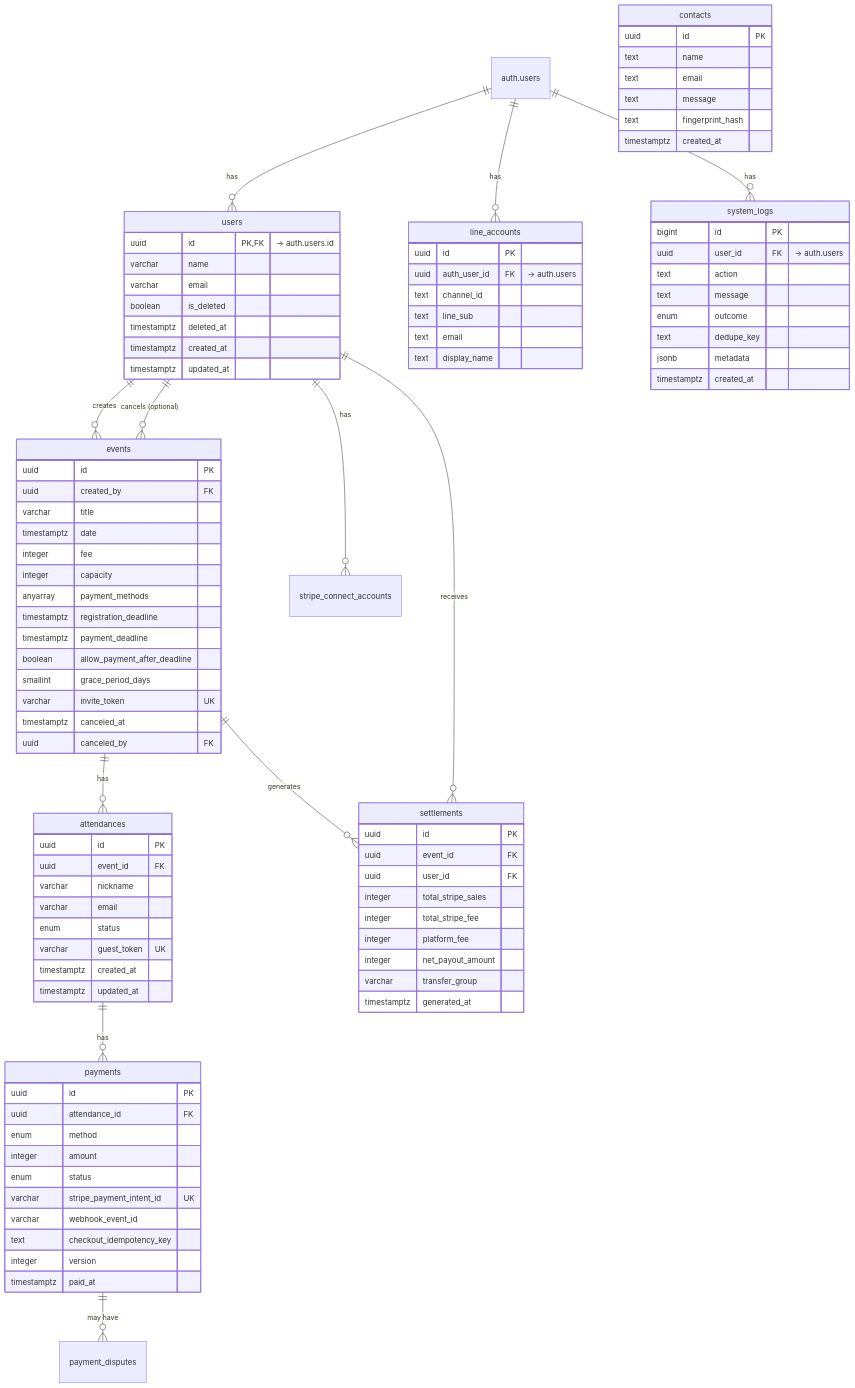
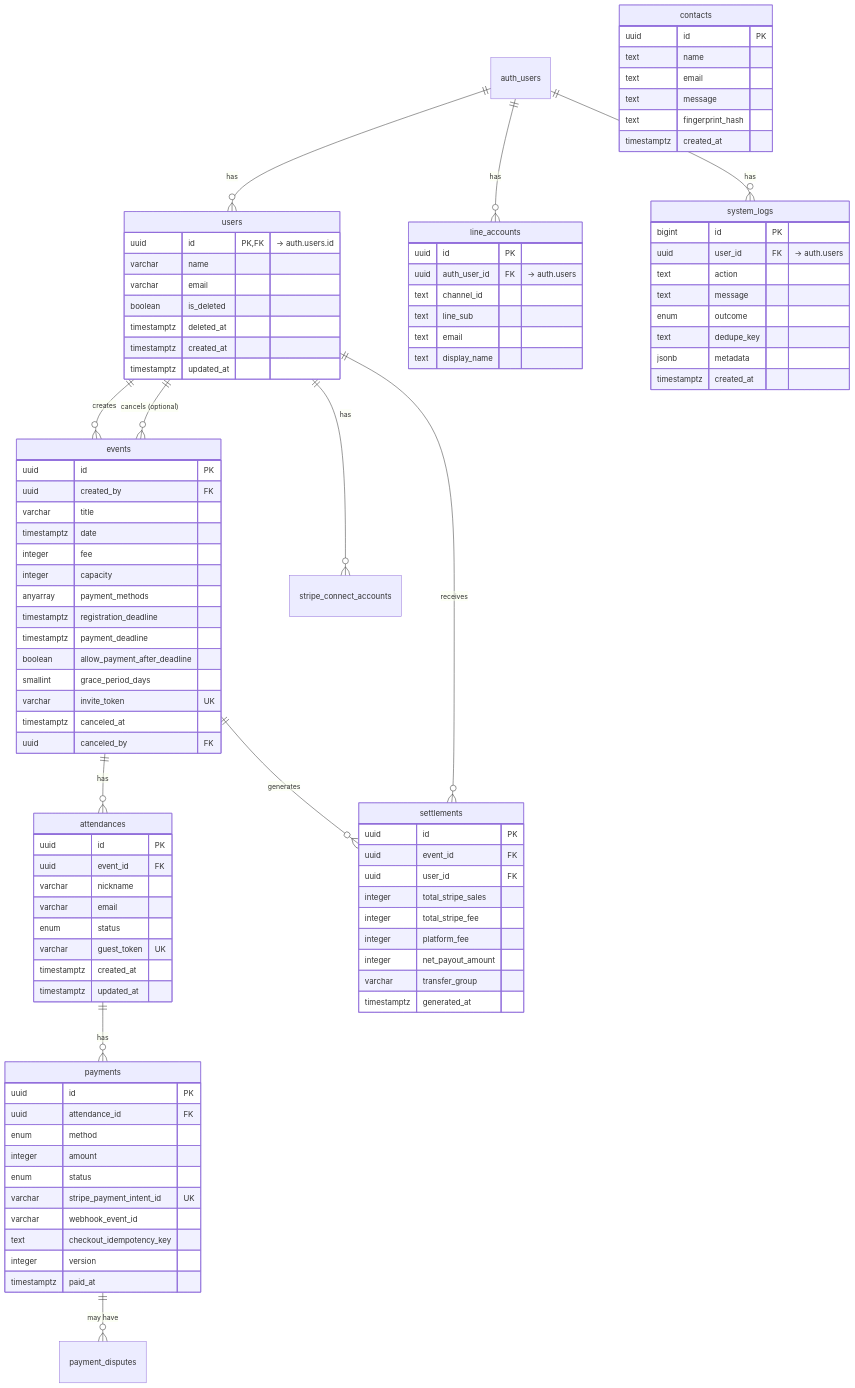
The diagram in docs/data-model.md (rytkhs/event-pay), drawn with Mermaid before and after one commit. The commit also changed 3 other files, not shown here.

````diff
--- a/docs/data-model.md
+++ b/docs/data-model.md
@@ -12,8 +12,8 @@
 ```mermaid
 erDiagram
-    auth.users ||--o{ users : "has"
-    auth.users ||--o{ line_accounts : "has"
-    auth.users ||--o{ system_logs : "has"
+    auth_users ||--o{ users : "has"
+    auth_users ||--o{ line_accounts : "has"
+    auth_users ||--o{ system_logs : "has"
 
     users ||--o{ events : "creates"
     users ||--o{ events : "cancels (optional)"
````
